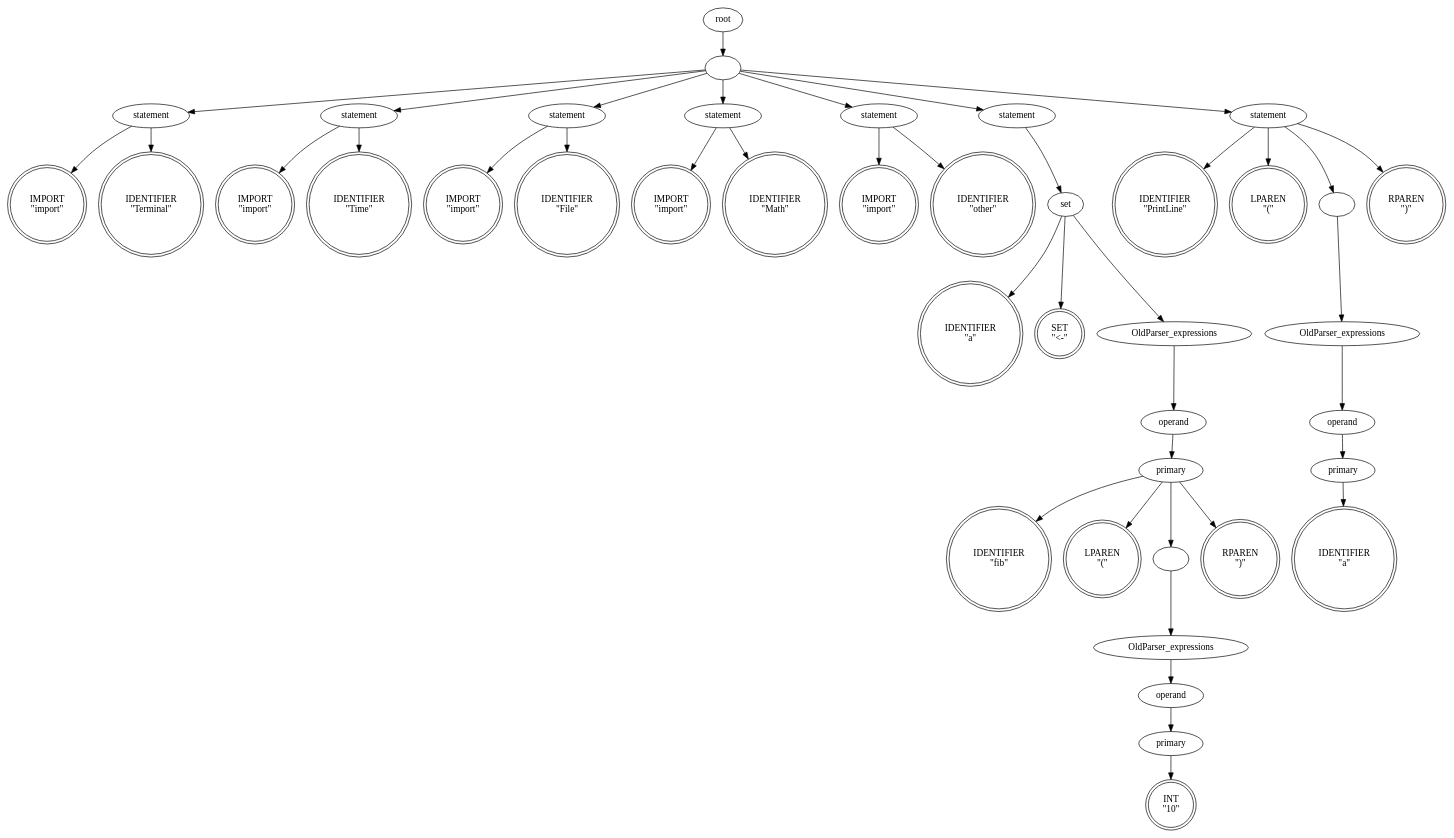
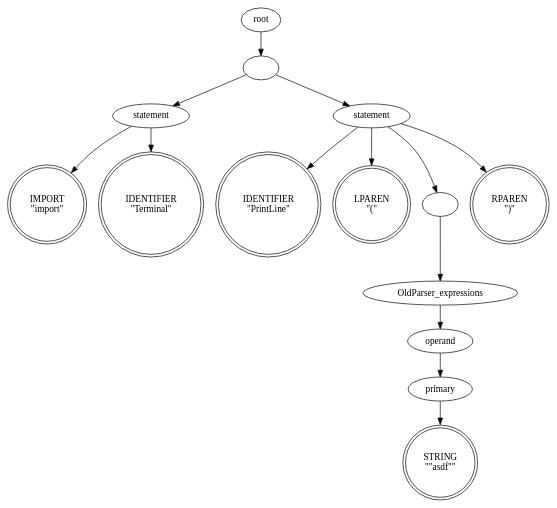
The diagram in Old8Lang/Ex/tree_By_init.dot (lijiajunply/Old8Lang), drawn with Graphviz before and after one commit. The commit also changed 14 other files, not shown here.

```diff
--- a/Old8Lang/Ex/tree_By_init.dot
+++ b/Old8Lang/Ex/tree_By_init.dot
@@ -1,124 +1,43 @@
 digraph syntaxtree {
 0 [  label="IMPORT
 \"import\"" shape=doublecircle height=0.50]
 1 [  label="IDENTIFIER
 \"Terminal\"" shape=doublecircle height=0.50]
 2 [  label="statement" shape=ellipse fontcolor=black height=0.50]
 2 [  label="statement" shape=ellipse fontcolor=black height=0.50]
-3 [  label="IMPORT
-\"import\"" shape=doublecircle height=0.50]
-4 [  label="IDENTIFIER
-\"Time\"" shape=doublecircle height=0.50]
-5 [  label="statement" shape=ellipse fontcolor=black height=0.50]
-5 [  label="statement" shape=ellipse fontcolor=black height=0.50]
-6 [  label="IMPORT
-\"import\"" shape=doublecircle height=0.50]
-7 [  label="IDENTIFIER
-\"File\"" shape=doublecircle height=0.50]
-8 [  label="statement" shape=ellipse fontcolor=black height=0.50]
-8 [  label="statement" shape=ellipse fontcolor=black height=0.50]
-9 [  label="IMPORT
-\"import\"" shape=doublecircle height=0.50]
-10 [  label="IDENTIFIER
-\"Math\"" shape=doublecircle height=0.50]
+3 [  label="IDENTIFIER
+\"PrintLine\"" shape=doublecircle height=0.50]
+4 [  label="LPAREN
+\"(\"" shape=doublecircle height=0.50]
+5 [  label="STRING
+\"\"asdf\"\"" shape=doublecircle height=0.50]
+6 [  label="primary" shape=ellipse fontcolor=black height=0.50]
+6 [  label="primary" shape=ellipse fontcolor=black height=0.50]
+7 [  label="operand" shape=ellipse fontcolor=black height=0.50]
+7 [  label="operand" shape=ellipse fontcolor=black height=0.50]
+8 [  label="OldParser_expressions" shape=ellipse fontcolor=black height=0.50]
+8 [  label="OldParser_expressions" shape=ellipse fontcolor=black height=0.50]
+9 [  label="" shape=ellipse fontcolor=black height=0.50]
+9 [  label="" shape=ellipse fontcolor=black height=0.50]
+10 [  label="RPAREN
+\")\"" shape=doublecircle height=0.50]
 11 [  label="statement" shape=ellipse fontcolor=black height=0.50]
 11 [  label="statement" shape=ellipse fontcolor=black height=0.50]
-12 [  label="IMPORT
-\"import\"" shape=doublecircle height=0.50]
-13 [  label="IDENTIFIER
-\"other\"" shape=doublecircle height=0.50]
-14 [  label="statement" shape=ellipse fontcolor=black height=0.50]
-14 [  label="statement" shape=ellipse fontcolor=black height=0.50]
-15 [  label="IDENTIFIER
-\"a\"" shape=doublecircle height=0.50]
-16 [  label="SET
-\"<-\"" shape=doublecircle height=0.50]
-17 [  label="IDENTIFIER
-\"fib\"" shape=doublecircle height=0.50]
-18 [  label="LPAREN
-\"(\"" shape=doublecircle height=0.50]
-19 [  label="INT
-\"10\"" shape=doublecircle height=0.50]
-20 [  label="primary" shape=ellipse fontcolor=black height=0.50]
-20 [  label="primary" shape=ellipse fontcolor=black height=0.50]
-21 [  label="operand" shape=ellipse fontcolor=black height=0.50]
-21 [  label="operand" shape=ellipse fontcolor=black height=0.50]
-22 [  label="OldParser_expressions" shape=ellipse fontcolor=black height=0.50]
-22 [  label="OldParser_expressions" shape=ellipse fontcolor=black height=0.50]
-23 [  label="" shape=ellipse fontcolor=black height=0.50]
-23 [  label="" shape=ellipse fontcolor=black height=0.50]
-24 [  label="RPAREN
-\")\"" shape=doublecircle height=0.50]
-25 [  label="primary" shape=ellipse fontcolor=black height=0.50]
-25 [  label="primary" shape=ellipse fontcolor=black height=0.50]
-26 [  label="operand" shape=ellipse fontcolor=black height=0.50]
-26 [  label="operand" shape=ellipse fontcolor=black height=0.50]
-27 [  label="OldParser_expressions" shape=ellipse fontcolor=black height=0.50]
-27 [  label="OldParser_expressions" shape=ellipse fontcolor=black height=0.50]
-28 [  label="set" shape=ellipse fontcolor=black height=0.50]
-28 [  label="set" shape=ellipse fontcolor=black height=0.50]
-29 [  label="statement" shape=ellipse fontcolor=black height=0.50]
-29 [  label="statement" shape=ellipse fontcolor=black height=0.50]
-30 [  label="IDENTIFIER
-\"PrintLine\"" shape=doublecircle height=0.50]
-31 [  label="LPAREN
-\"(\"" shape=doublecircle height=0.50]
-32 [  label="IDENTIFIER
-\"a\"" shape=doublecircle height=0.50]
-33 [  label="primary" shape=ellipse fontcolor=black height=0.50]
-33 [  label="primary" shape=ellipse fontcolor=black height=0.50]
-34 [  label="operand" shape=ellipse fontcolor=black height=0.50]
-34 [  label="operand" shape=ellipse fontcolor=black height=0.50]
-35 [  label="OldParser_expressions" shape=ellipse fontcolor=black height=0.50]
-35 [  label="OldParser_expressions" shape=ellipse fontcolor=black height=0.50]
-36 [  label="" shape=ellipse fontcolor=black height=0.50]
-36 [  label="" shape=ellipse fontcolor=black height=0.50]
-37 [  label="RPAREN
-\")\"" shape=doublecircle height=0.50]
-38 [  label="statement" shape=ellipse fontcolor=black height=0.50]
-38 [  label="statement" shape=ellipse fontcolor=black height=0.50]
-39 [  label="" shape=ellipse fontcolor=black height=0.50]
-39 [  label="" shape=ellipse fontcolor=black height=0.50]
-40 [  label="root" shape=ellipse fontcolor=black height=0.50]
-40 [  label="root" shape=ellipse fontcolor=black height=0.50]
+12 [  label="" shape=ellipse fontcolor=black height=0.50]
+12 [  label="" shape=ellipse fontcolor=black height=0.50]
+13 [  label="root" shape=ellipse fontcolor=black height=0.50]
+13 [  label="root" shape=ellipse fontcolor=black height=0.50]
 2->0 [  arrowshape=none];
 2->1 [  arrowshape=none];
-5->3 [  arrowshape=none];
-5->4 [  arrowshape=none];
-8->6 [  arrowshape=none];
+6->5 [  arrowshape=none];
+7->6 [  arrowshape=none];
 8->7 [  arrowshape=none];
+9->8 [  arrowshape=none];
+11->3 [  arrowshape=none];
+11->4 [  arrowshape=none];
 11->9 [  arrowshape=none];
 11->10 [  arrowshape=none];
-14->12 [  arrowshape=none];
-14->13 [  arrowshape=none];
-20->19 [  arrowshape=none];
-21->20 [  arrowshape=none];
-22->21 [  arrowshape=none];
-23->22 [  arrowshape=none];
-25->17 [  arrowshape=none];
-25->18 [  arrowshape=none];
-25->23 [  arrowshape=none];
-25->24 [  arrowshape=none];
-26->25 [  arrowshape=none];
-27->26 [  arrowshape=none];
-28->15 [  arrowshape=none];
-28->16 [  arrowshape=none];
-28->27 [  arrowshape=none];
-29->28 [  arrowshape=none];
-33->32 [  arrowshape=none];
-34->33 [  arrowshape=none];
-35->34 [  arrowshape=none];
-36->35 [  arrowshape=none];
-38->30 [  arrowshape=none];
-38->31 [  arrowshape=none];
-38->36 [  arrowshape=none];
-38->37 [  arrowshape=none];
-39->2 [  arrowshape=none];
-39->5 [  arrowshape=none];
-39->8 [  arrowshape=none];
-39->11 [  arrowshape=none];
-39->14 [  arrowshape=none];
-39->29 [  arrowshape=none];
-39->38 [  arrowshape=none];
-40->39 [  arrowshape=none];
+12->2 [  arrowshape=none];
+12->11 [  arrowshape=none];
+13->12 [  arrowshape=none];
 }
```
